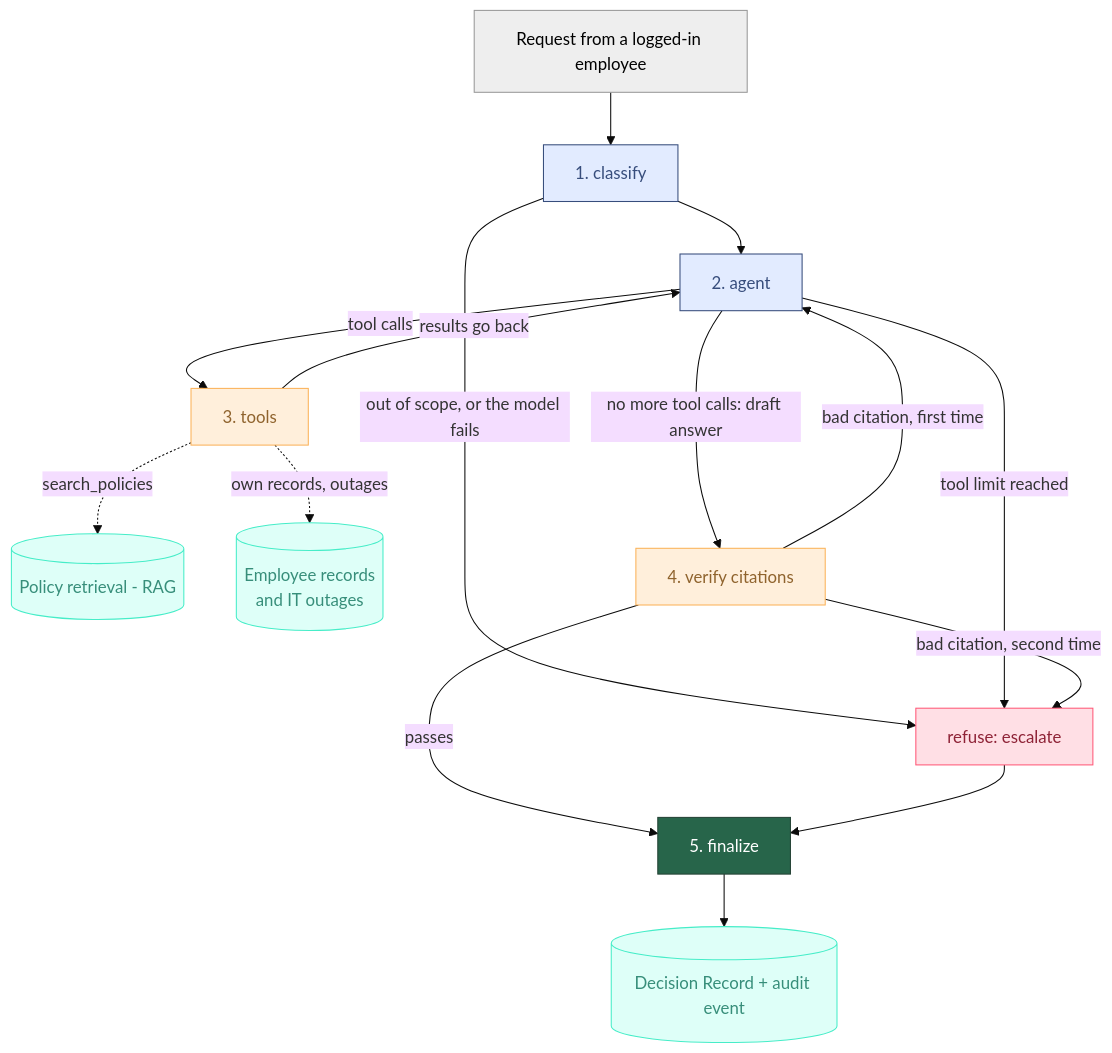
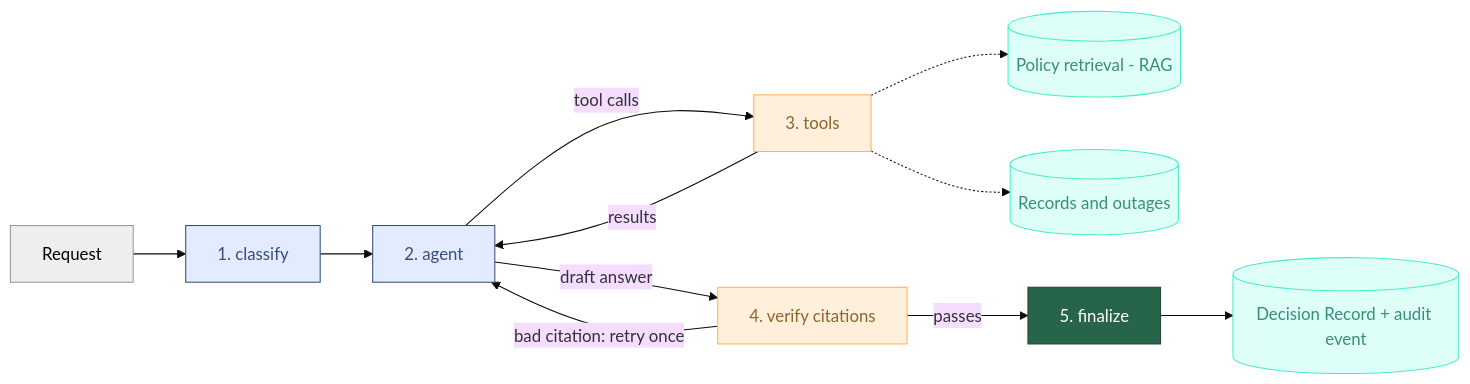
One commit to mgetech/internal-support-agent changed the diagram in docs/architecture.md. Above: the diagram before and after it, drawn with Mermaid (base theme). The commit also changed other lines of this file and 1 other file, not shown here.

Commit message:
docs: updating flowchart

````diff
--- a/docs/architecture.md
+++ b/docs/architecture.md
@@ -8,35 +8,28 @@
 ```mermaid
-flowchart TB
-    A["Request from a logged-in employee"] --> B["1. classify"]
-    B -- out of scope, or the model fails --> R["refuse: escalate"]
+flowchart LR
+    A["Request"] --> B["1. classify"]
     B --> C["2. agent"]
     C -- tool calls --> T["3. tools"]
-    T -- results go back --> C
-    T -. search_policies .-> K[("Policy retrieval - RAG")]
-    T -. own records, outages .-> H[("Employee records<br>and IT outages")]
-    T ~~~ V["4. verify citations"]
-    C -- no more tool calls: draft answer --> V
-    C -- tool limit reached --> R
-    V -- bad citation, first time --> C
-    V -- bad citation, second time --> R
+    T -- results --> C
+    T -.-> K[("Policy retrieval - RAG")] & H[("Records and outages")]
+    C -- draft answer --> V["4. verify citations"]
+    V -- bad citation: retry once --> C
     V -- passes --> F["5. finalize"]
-    R --> F
     F --> D[("Decision Record + audit event")]
 
      A:::Ash
      B:::Sky
-     R:::Rose
      C:::Sky
      T:::Peach
      K:::Aqua
      H:::Aqua
      V:::Peach
      F:::Pine
      D:::Aqua
     classDef Aqua stroke-width:1px, stroke-dasharray:none, stroke:#46EDC8, fill:#DEFFF8, color:#378E7A
     classDef Sky stroke-width:1px, stroke-dasharray:none, stroke:#374D7C, fill:#E2EBFF, color:#374D7C
     classDef Rose stroke-width:1px, stroke-dasharray:none, stroke:#FF5978, fill:#FFDFE5, color:#8E2236
     classDef Pine stroke-width:1px, stroke-dasharray:none, stroke:#254336, fill:#27654A, color:#FFFFFF
     classDef Peach stroke-width:1px, stroke-dasharray:none, stroke:#FBB35A, fill:#FFEFDB, color:#8F632D
     classDef Ash stroke-width:1px, stroke-dasharray:none, stroke:#999999, fill:#EEEEEE, color:#000000
 ```
````
